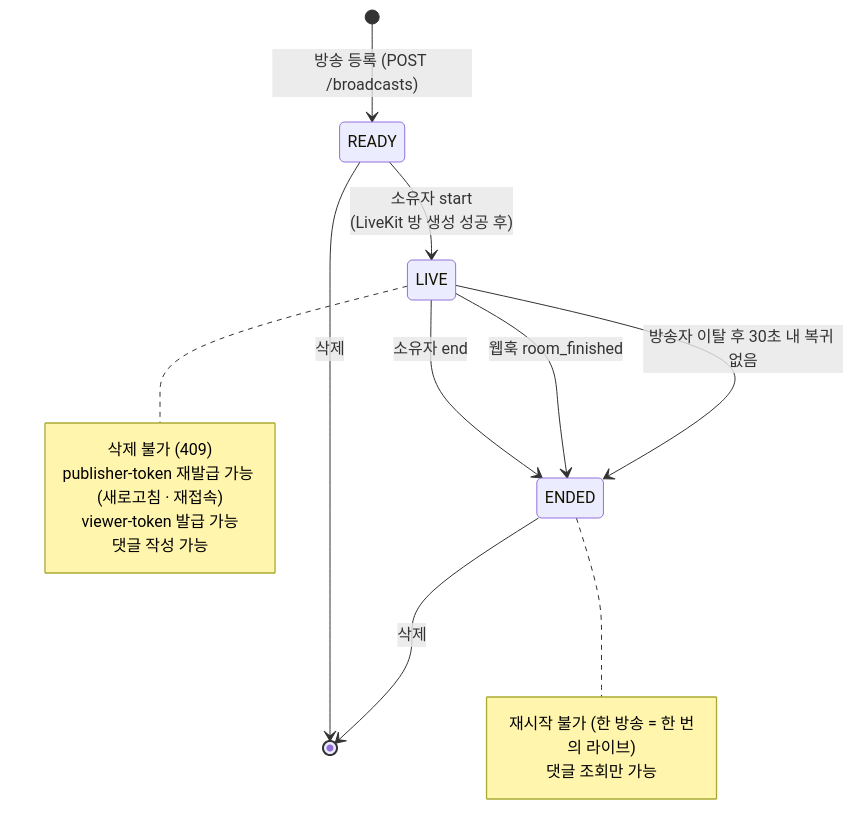
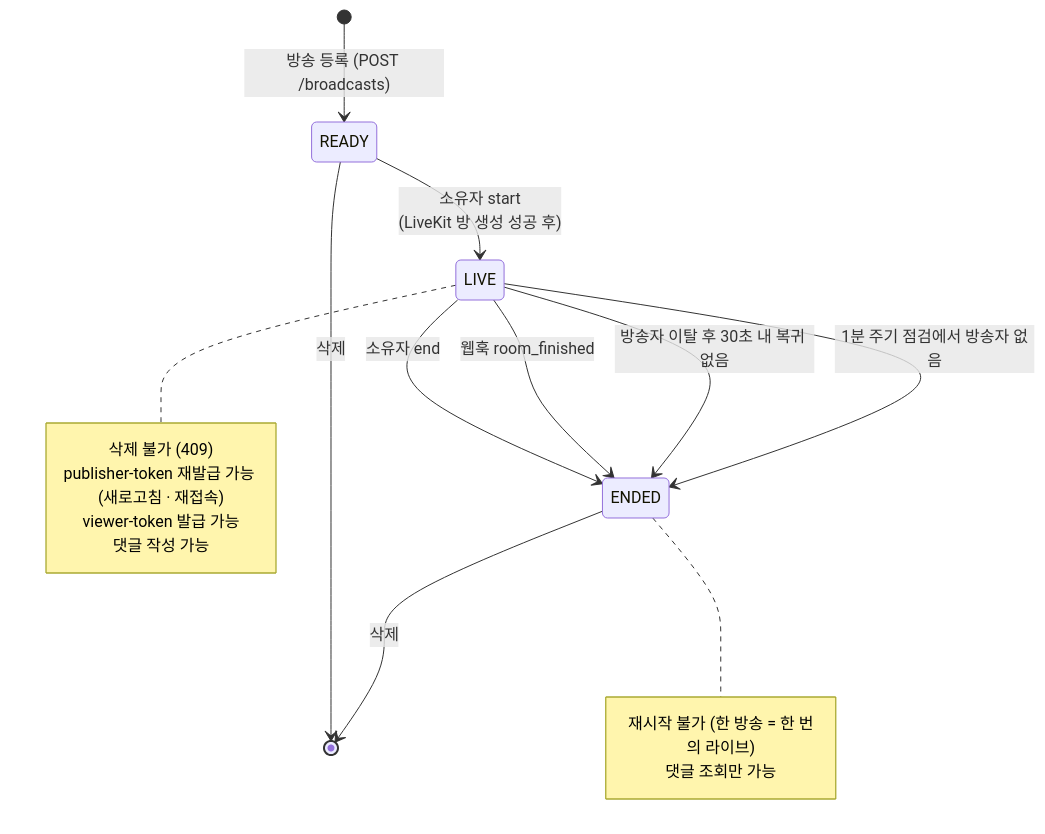
The second of 8 diagrams in docs/DESIGN.md (codes-gy/live-platform), drawn with Mermaid before and after one commit. The commit also changed other lines of this file and 8 other files, not shown here.

````diff
--- a/docs/DESIGN.md
+++ b/docs/DESIGN.md
@@ -50,20 +50,21 @@
 ```mermaid
 stateDiagram-v2
     [*] --> READY : 방송 등록 (POST /broadcasts)
     READY --> LIVE : 소유자 start<br/>(LiveKit 방 생성 성공 후)
     LIVE --> ENDED : 소유자 end
     LIVE --> ENDED : 웹훅 room_finished
     LIVE --> ENDED : 방송자 이탈 후 30초 내 복귀 없음
+    LIVE --> ENDED : 1분 주기 점검에서 방송자 없음
     READY --> [*] : 삭제
     ENDED --> [*] : 삭제
     note right of LIVE
         삭제 불가 (409)
         publisher-token 재발급 가능 (새로고침 · 재접속)
         viewer-token 발급 가능
         댓글 작성 가능
     end note
     note right of ENDED
         재시작 불가 (한 방송 = 한 번의 라이브)
         댓글 조회만 가능
     end note
 ```
````
